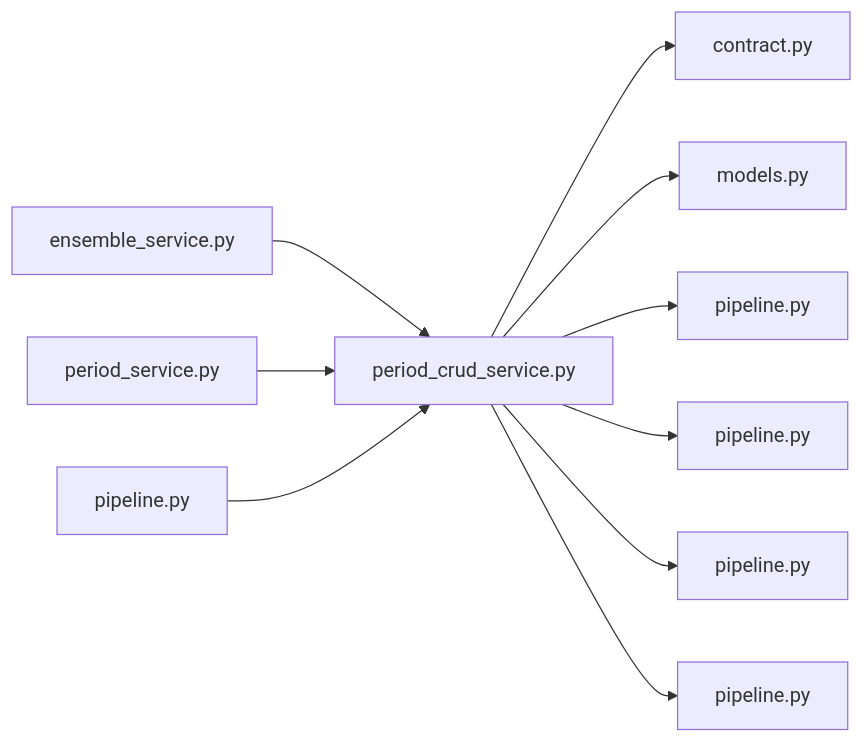
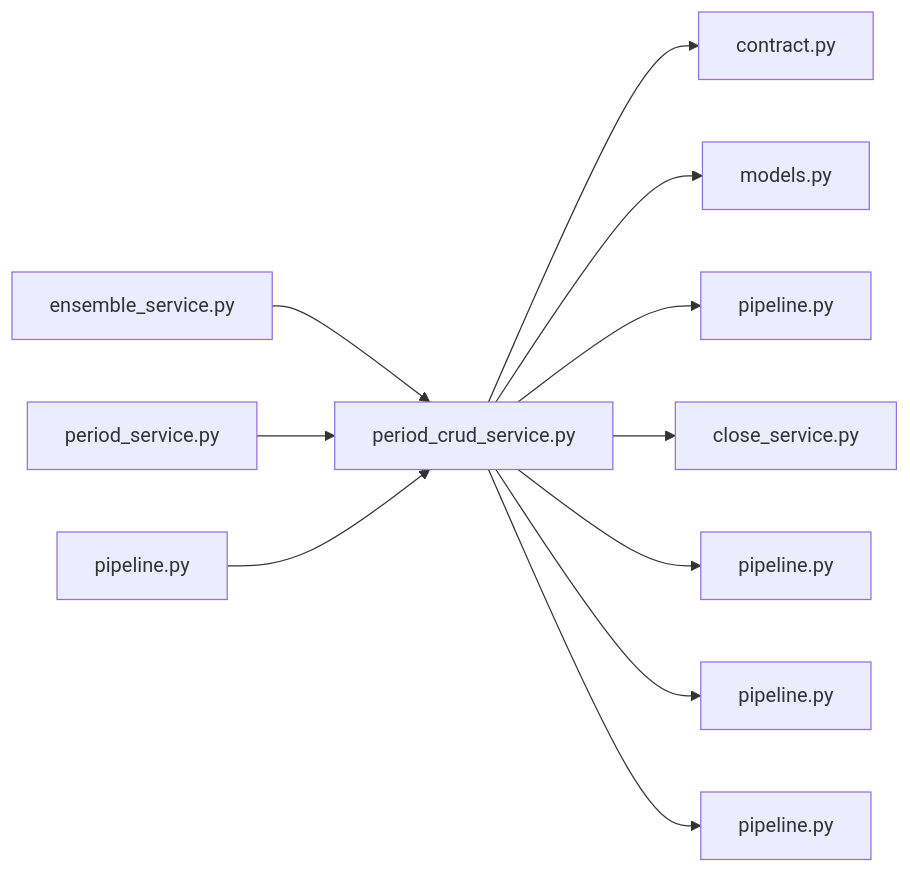
Before and after one commit to minkong-dev/Banblit: the diagram in .cluedoc/graph/backend/src/backend/services/period/period_crud_service.md, drawn with Mermaid. The commit also changed other lines of this file and 35 other files, not shown here.

Commit message:
backend: close a focused period at its closing time and allow unfixing with a reason

````diff
--- a/.cluedoc/graph/backend/src/backend/services/period/period_crud_service.md
+++ b/.cluedoc/graph/backend/src/backend/services/period/period_crud_service.md
@@ -10,13 +10,14 @@
 ```mermaid
 flowchart LR
   backend_src_backend_services_period_period_crud_service["period_crud_service.py"]
   backend_src_backend_services_period_period_crud_service --> backend_src_backend_contract["contract.py"]
   backend_src_backend_services_period_period_crud_service --> backend_src_backend_db_models["models.py"]
   backend_src_backend_services_period_period_crud_service --> backend_src_backend_db_pipeline["pipeline.py"]
+  backend_src_backend_services_period_period_crud_service --> backend_src_backend_services_period_close_service["close_service.py"]
   backend_src_backend_services_period_period_crud_service --> backend_src_backend_services_reservation_pipeline["pipeline.py"]
   backend_src_backend_services_period_period_crud_service --> backend_src_backend_services_settings_pipeline["pipeline.py"]
   backend_src_backend_services_period_period_crud_service --> backend_src_backend_services_validation_pipeline["pipeline.py"]
   backend_src_backend_services_period_ensemble_service["ensemble_service.py"] --> backend_src_backend_services_period_period_crud_service
   backend_src_backend_services_period_period_service["period_service.py"] --> backend_src_backend_services_period_period_crud_service
   backend_src_backend_services_period_pipeline["pipeline.py"] --> backend_src_backend_services_period_period_crud_service
 ```
````
